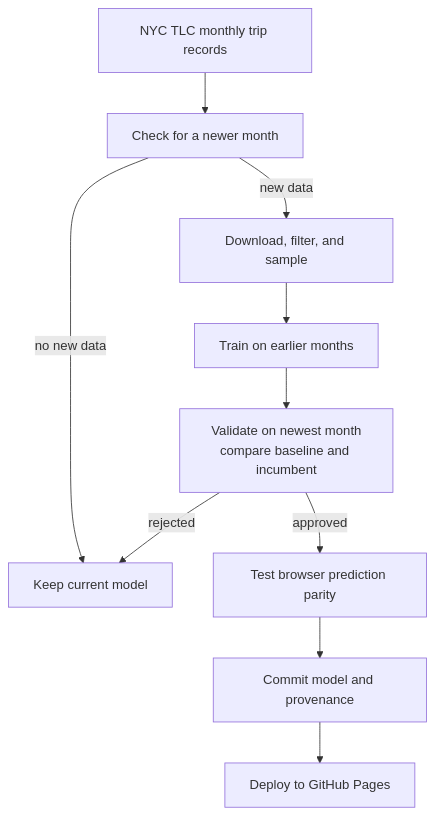
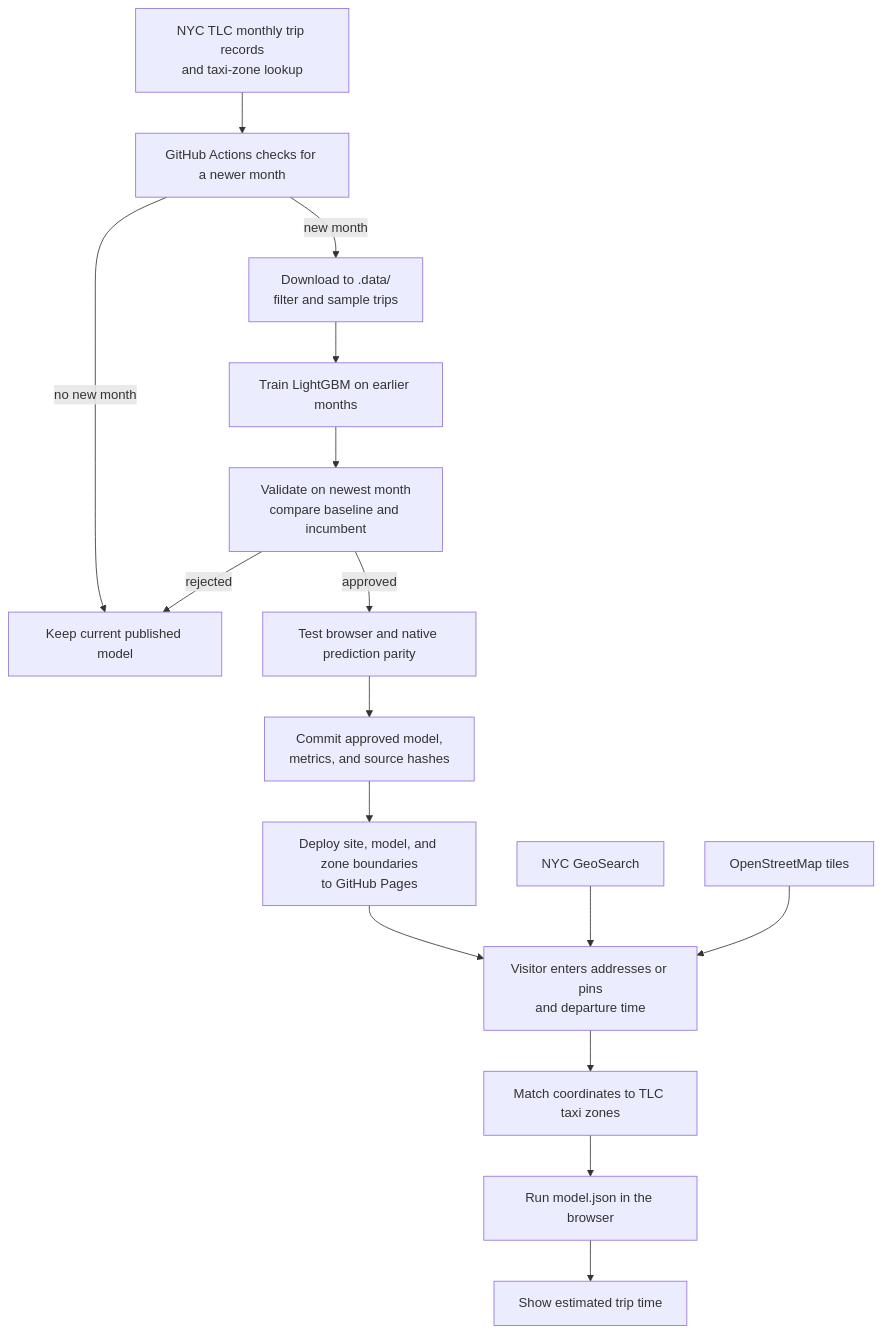
The diagram in README.md (codewithdaniel1/taxi-minute), drawn with Mermaid before and after one commit. The commit also changed other lines of this file and 1 other file, not shown here.

Commit message:
Make MLOps architecture one vertical diagram

````diff
--- a/README.md
+++ b/README.md
@@ -13,12 +11,18 @@
 ```mermaid
 flowchart TB
-    TLC["NYC TLC monthly trip records"] --> CHECK["Check for a newer month"]
-    CHECK -->|new data| DATA["Download, filter, and sample"]
-    CHECK -->|no new data| KEEP["Keep current model"]
-    DATA --> TRAIN["Train on earlier months"]
+    TLC["NYC TLC monthly trip records<br/>and taxi-zone lookup"] --> CHECK["GitHub Actions checks for a newer month"]
+    CHECK -->|new month| DATA["Download to .data/<br/>filter and sample trips"]
+    CHECK -->|no new month| KEEP["Keep current published model"]
+    DATA --> TRAIN["Train LightGBM on earlier months"]
     TRAIN --> EVAL["Validate on newest month<br/>compare baseline and incumbent"]
     EVAL -->|rejected| KEEP
-    EVAL -->|approved| TEST["Test browser prediction parity"]
-    TEST --> COMMIT["Commit model and provenance"]
-    COMMIT --> DEPLOY["Deploy to GitHub Pages"]
+    EVAL -->|approved| TEST["Test browser and native prediction parity"]
+    TEST --> COMMIT["Commit approved model,<br/>metrics, and source hashes"]
+    COMMIT --> DEPLOY["Deploy site, model, and zone boundaries<br/>to GitHub Pages"]
+    DEPLOY --> INPUT["Visitor enters addresses or pins<br/>and departure time"]
+    GEO["NYC GeoSearch"] --> INPUT
+    OSM["OpenStreetMap tiles"] --> INPUT
+    INPUT --> ZONES["Match coordinates to TLC taxi zones"]
+    ZONES --> MODEL["Run model.json in the browser"]
+    MODEL --> ETA["Show estimated trip time"]
 ```
````
